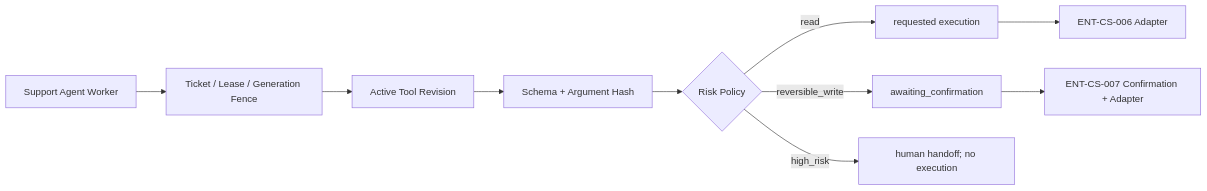
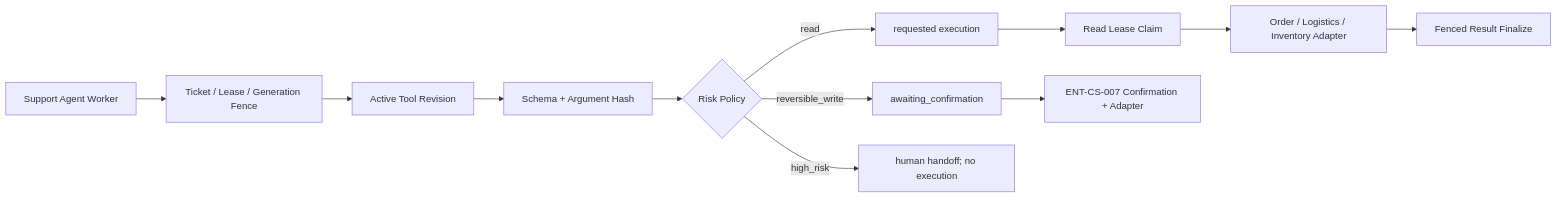
The sixth of 6 diagrams in docs/enterprise-edition-technical-architecture.md (xutianliang77-create/ai-phone), drawn with Mermaid before and after one commit. The commit also changed other lines of this file and 20 other files, not shown here.

Commit message:
feat(enterprise): implement ENT-CS-006 read tools

````diff
--- a/docs/enterprise-edition-technical-architecture.md
+++ b/docs/enterprise-edition-technical-architecture.md
@@ -439,12 +439,14 @@
 ```mermaid
 flowchart LR
     Worker["Support Agent Worker"] --> Ticket["Ticket / Lease / Generation Fence"]
     Ticket --> Registry["Active Tool Revision"]
     Registry --> Schema["Schema + Argument Hash"]
     Schema --> Risk{"Risk Policy"}
     Risk -->|read| Requested["requested execution"]
     Risk -->|reversible_write| Confirm["awaiting_confirmation"]
     Risk -->|high_risk| Handoff["human handoff; no execution"]
-    Requested --> FutureRead["ENT-CS-006 Adapter"]
+    Requested --> Claim["Read Lease Claim"]
+    Claim --> ReadAdapter["Order / Logistics / Inventory Adapter"]
+    ReadAdapter --> Finalize["Fenced Result Finalize"]
     Confirm --> FutureWrite["ENT-CS-007 Confirmation + Adapter"]
 ```
````
